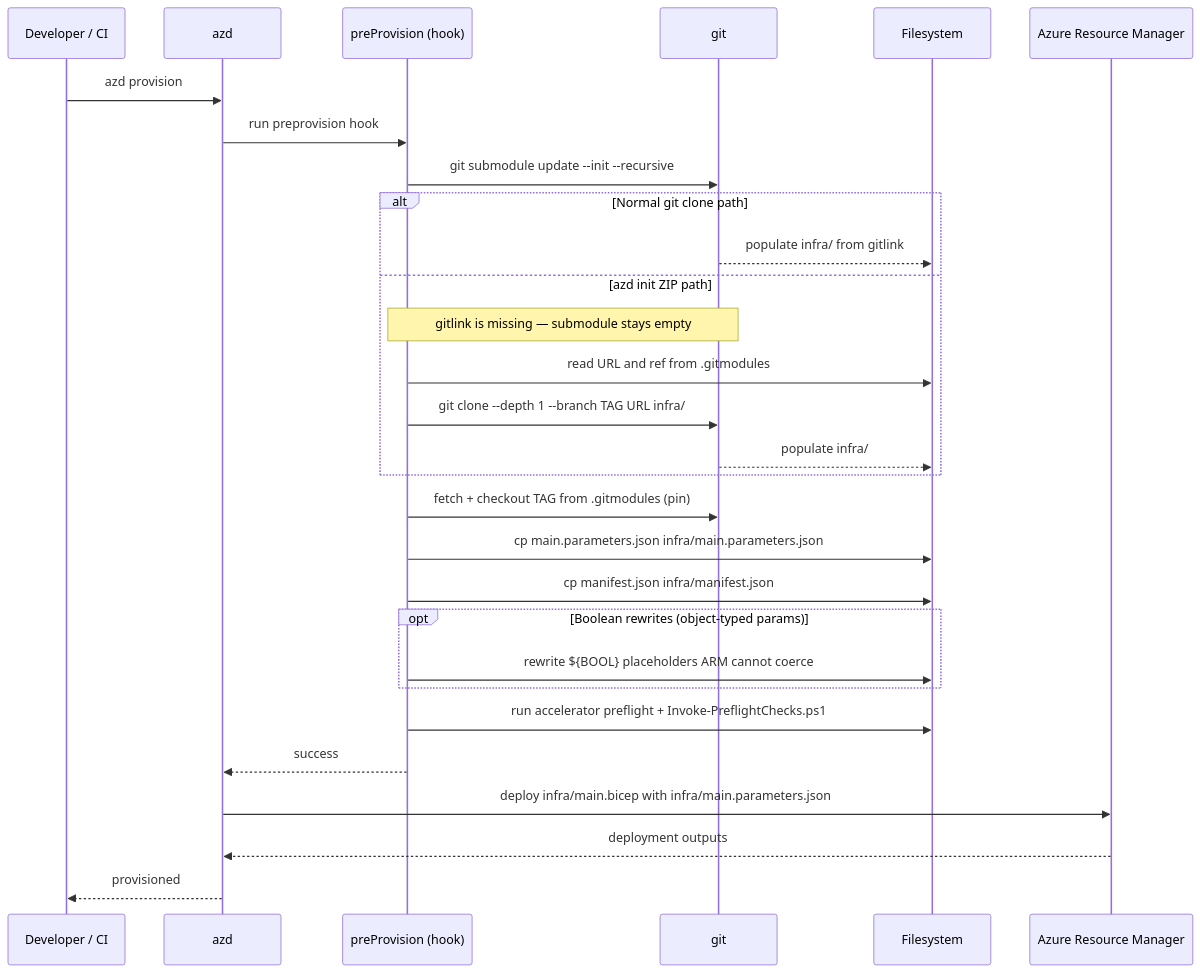
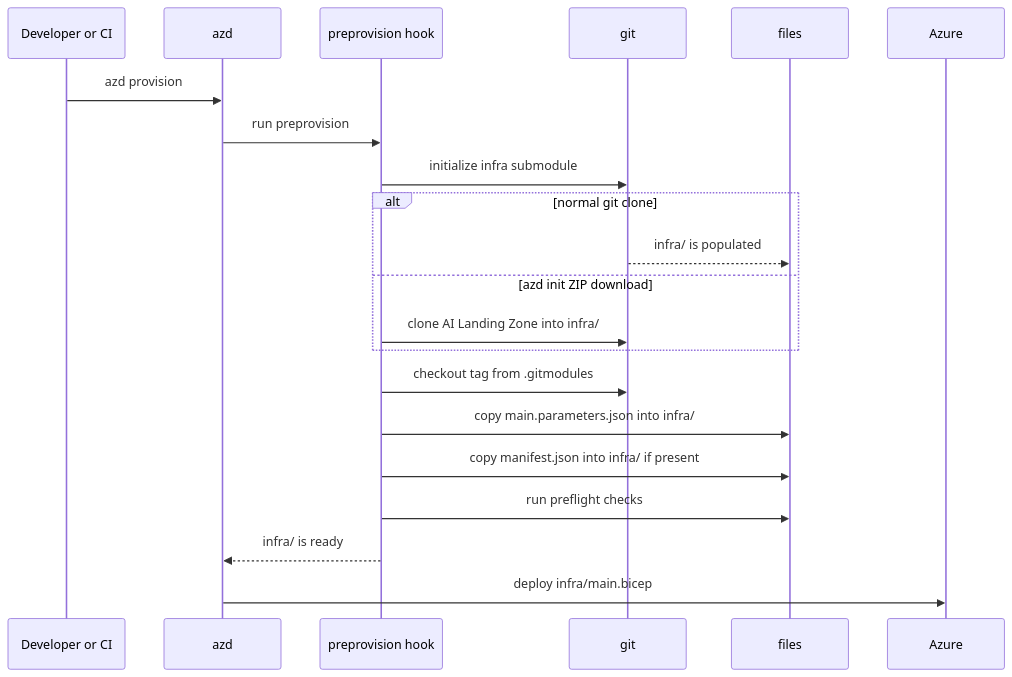
The second of 2 diagrams in docs/bicep/accelerator-pattern.md (Azure/AI-Landing-Zones), drawn with Mermaid before and after one commit. The commit also changed other lines of this file, not shown here.

Commit message:
Simplify accelerator pattern documentation

````diff
--- a/docs/bicep/accelerator-pattern.md
+++ b/docs/bicep/accelerator-pattern.md
@@ -59,31 +166,23 @@
 ```mermaid
 sequenceDiagram
-    participant Dev as Developer / CI
+    participant Dev as Developer or CI
     participant AZD as azd
-    participant PP as preProvision (hook)
+    participant Hook as preprovision hook
     participant Git as git
-    participant FS as Filesystem
-    participant ARM as Azure Resource Manager
+    participant FS as files
+    participant Azure as Azure
     Dev->>AZD: azd provision
-    AZD->>PP: run preprovision hook
-    PP->>Git: git submodule update --init --recursive
-    alt Normal git clone path
-        Git-->>FS: populate infra/ from gitlink
-    else azd init ZIP path
-        Note over PP,Git: gitlink is missing — submodule stays empty
-        PP->>FS: read URL and ref from .gitmodules
-        PP->>Git: git clone --depth 1 --branch TAG URL infra/
-        Git-->>FS: populate infra/
+    AZD->>Hook: run preprovision
+    Hook->>Git: initialize infra submodule
+    alt normal git clone
+        Git-->>FS: infra/ is populated
+    else azd init ZIP download
+        Hook->>Git: clone AI Landing Zone into infra/
     end
-    PP->>Git: fetch + checkout TAG from .gitmodules (pin)
-    PP->>FS: cp main.parameters.json infra/main.parameters.json
-    PP->>FS: cp manifest.json infra/manifest.json
-    opt Boolean rewrites (object-typed params)
-        PP->>FS: rewrite ${BOOL} placeholders ARM cannot coerce
-    end
-    PP->>FS: run accelerator preflight + Invoke-PreflightChecks.ps1
-    PP-->>AZD: success
-    AZD->>ARM: deploy infra/main.bicep with infra/main.parameters.json
-    ARM-->>AZD: deployment outputs
-    AZD-->>Dev: provisioned
+    Hook->>Git: checkout tag from .gitmodules
+    Hook->>FS: copy main.parameters.json into infra/
+    Hook->>FS: copy manifest.json into infra/ if present
+    Hook->>FS: run preflight checks
+    Hook-->>AZD: infra/ is ready
+    AZD->>Azure: deploy infra/main.bicep
 ```
````
